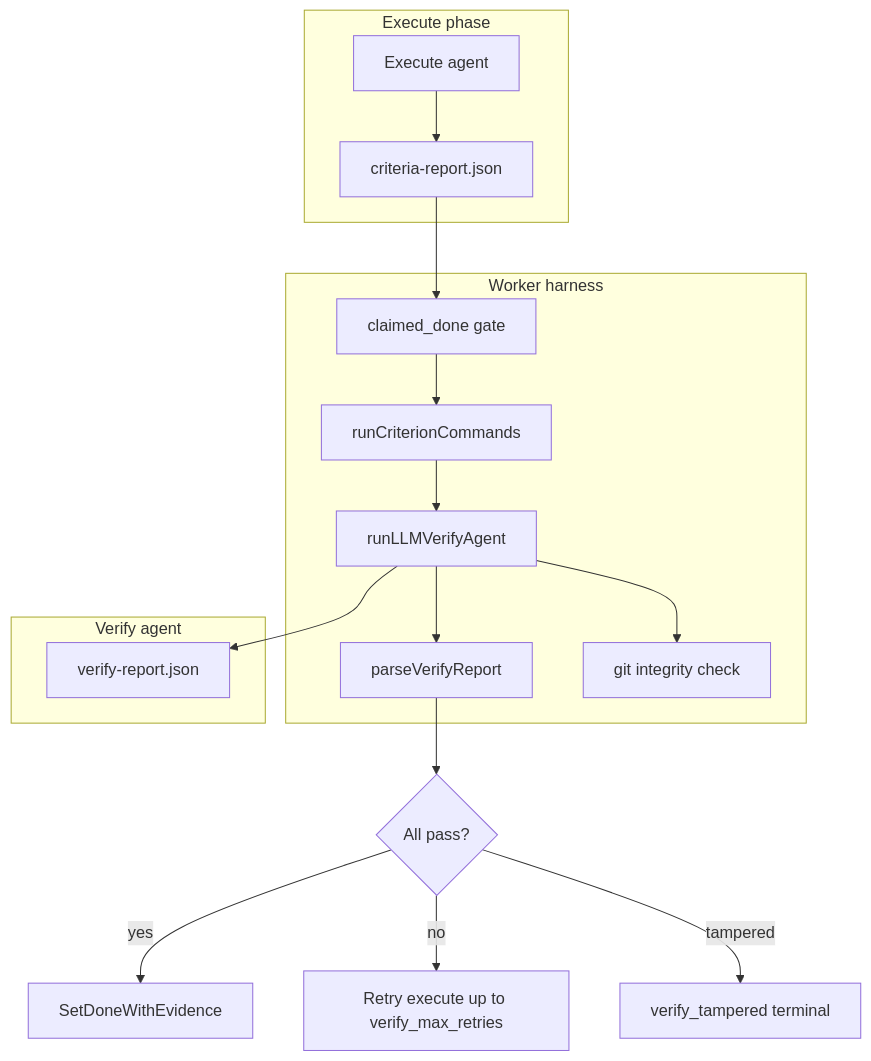
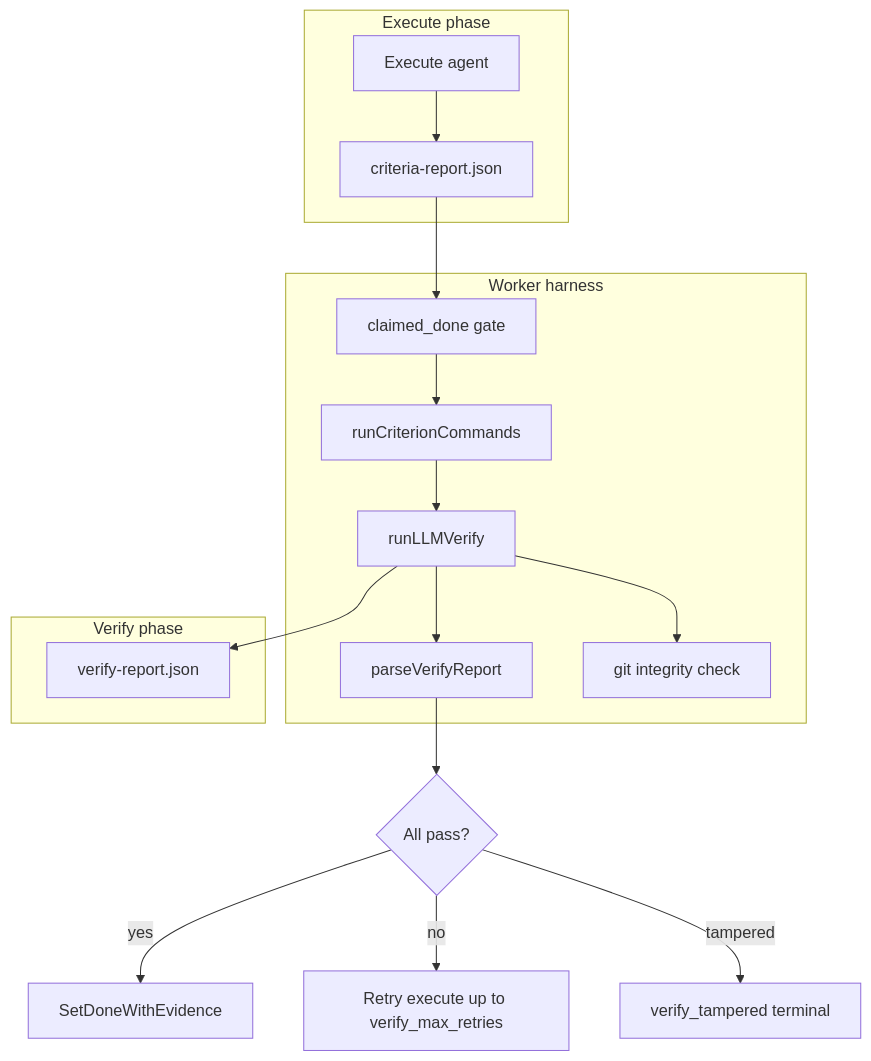
One commit to Hamix-Labs/project-management changed the diagram in docs/domain/verify-agent.md. Above: the diagram before and after it, drawn with Mermaid. The commit also changed other lines of this file and 10 other files, not shown here.

First line of the commit message:
docs: executor-owned verify phase (domain + operator)

````diff
--- a/docs/domain/verify-agent.md
+++ b/docs/domain/verify-agent.md
@@ -67,26 +69,26 @@
 ```mermaid
 flowchart TD
   subgraph executePhase [Execute phase]
     EA[Execute agent]
     CR[criteria-report.json]
     EA --> CR
   end
   subgraph workerHarness [Worker harness]
     Gate[claimed_done gate]
     Cmds[runCriterionCommands]
-    LLM[runLLMVerifyAgent]
+    LLM[runLLMVerify]
     Parse[parseVerifyReport]
     Integrity[git integrity check]
     Gate --> Cmds --> LLM --> Parse
     LLM --> Integrity
   end
-  subgraph verifyPhase [Verify agent]
+  subgraph verifyPhase [Verify phase]
     VR[verify-report.json]
     LLM --> VR
   end
   CR --> Gate
   Parse --> Decision{All pass?}
   Decision -->|yes| Done[SetDoneWithEvidence]
   Decision -->|no| Retry[Retry execute up to verify_max_retries]
   Decision -->|tampered| Terminal[verify_tampered terminal]
 ```
````
